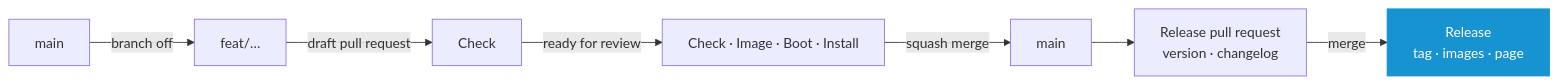
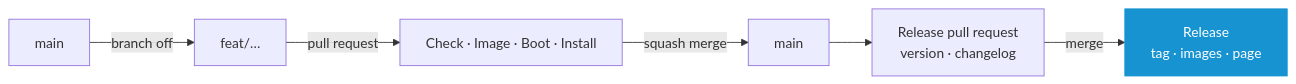
Before and after one commit to murkl/arch-os: the diagram in docs/CONTRIBUTING.md, drawn with Mermaid. The commit also changed other lines of this file and 8 other files, not shown here.

Commit message:
ci: one pipeline for drafts and ready pull requests, no image for docs-only changes, no CodeQL

````diff
--- a/docs/CONTRIBUTING.md
+++ b/docs/CONTRIBUTING.md
@@ -7,11 +7,10 @@
 ```mermaid
 flowchart LR
     M["main"] -->|branch off| B["feat/…"]
-    B -->|draft pull request| C["Check"]
-    C -->|ready for review| I["Check · Image · Boot · Install"]
+    B -->|pull request| I["Check · Image · Boot · Install"]
     I -->|squash merge| M2["main"]
     M2 --> P["Release pull request<br/>version · changelog"]
     P -->|merge| R["Release<br/>tag · images · page"]
 
     style R fill:#1793d1,stroke:#1793d1,color:#fff
 ```
````
